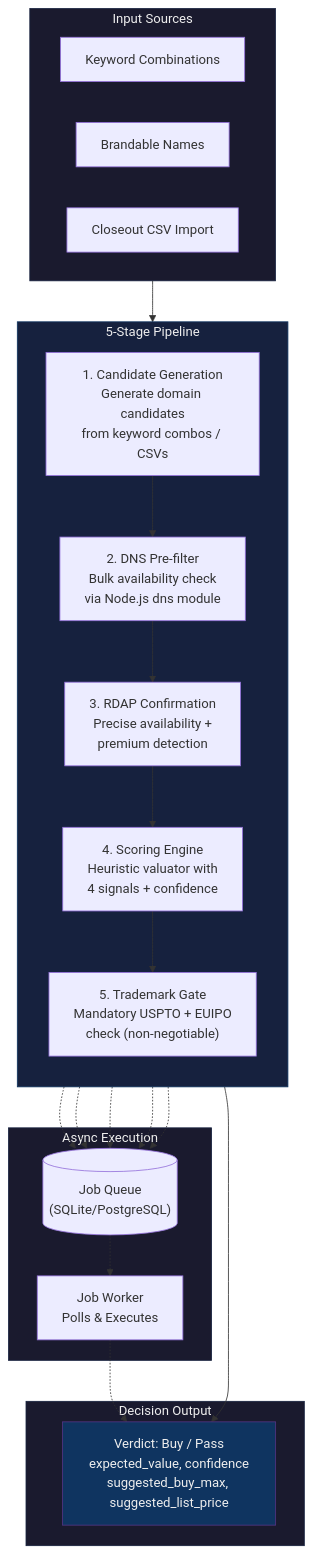
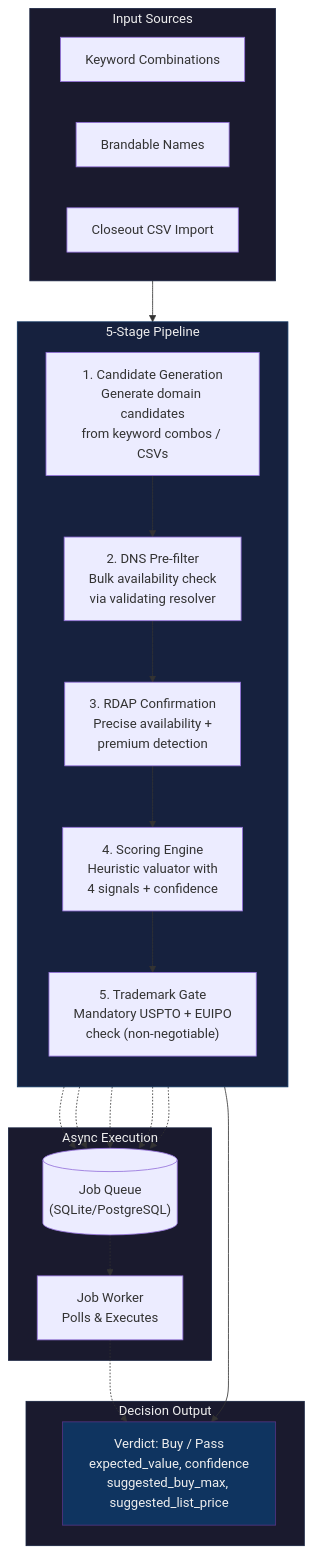
One commit to AlessioBrillo/dominus changed the diagram in docs/diagrams/pipeline-architecture.md. Above: the diagram before and after it, drawn with Mermaid. The commit also changed other lines of this file and 67 other files, not shown here.

````diff
--- a/docs/diagrams/pipeline-architecture.md
+++ b/docs/diagrams/pipeline-architecture.md
@@ -3,48 +3,48 @@
 ```mermaid
 flowchart TB
     subgraph Input[Input Sources]
         KC[Keyword Combinations]
         BN[Brandable Names]
         CC[Closeout CSV Import]
     end
 
     subgraph Pipeline[5-Stage Pipeline]
         direction TB
         S1["1. Candidate Generation<br/>Generate domain candidates<br/>from keyword combos / CSVs"]
-        S2["2. DNS Pre-filter<br/>Bulk availability check<br/>via Node.js dns module"]
+        S2["2. DNS Pre-filter<br/>Bulk availability check<br/>via validating resolver"]
         S3["3. RDAP Confirmation<br/>Precise availability +<br/>premium detection"]
         S4["4. Scoring Engine<br/>Heuristic valuator with<br/>4 signals + confidence"]
         S5["5. Trademark Gate<br/>Mandatory USPTO + EUIPO<br/>check (non-negotiable)"]
 
         S1 --> S2
         S2 --> S3
         S3 --> S4
         S4 --> S5
     end
 
     subgraph Output[Decision Output]
         VP["Verdict: Buy / Pass<br/>expected_value, confidence<br/>suggested_buy_max, suggested_list_price"]
     end
 
     subgraph Async[Async Execution]
         JQ[("Job Queue<br/>(SQLite/PostgreSQL)")]
         JW[Job Worker<br/>Polls & Executes]
     end
 
     Input --> S1
     S5 --> VP
 
     S1 -.-> JQ
     S2 -.-> JQ
     S3 -.-> JQ
     S4 -.-> JQ
     S5 -.-> JQ
     JQ -.-> JW
     JW -.-> VP
 
     style Input fill:#1a1a2e,stroke:#16213e,color:#eee
     style Pipeline fill:#16213e,stroke:#0f3460,color:#eee
     style Output fill:#1a1a2e,stroke:#16213e,color:#eee
     style Async fill:#1a1a2e,stroke:#16213e,color:#eee
     style VP fill:#0f3460,stroke:#533483,color:#eee
 ```
````
